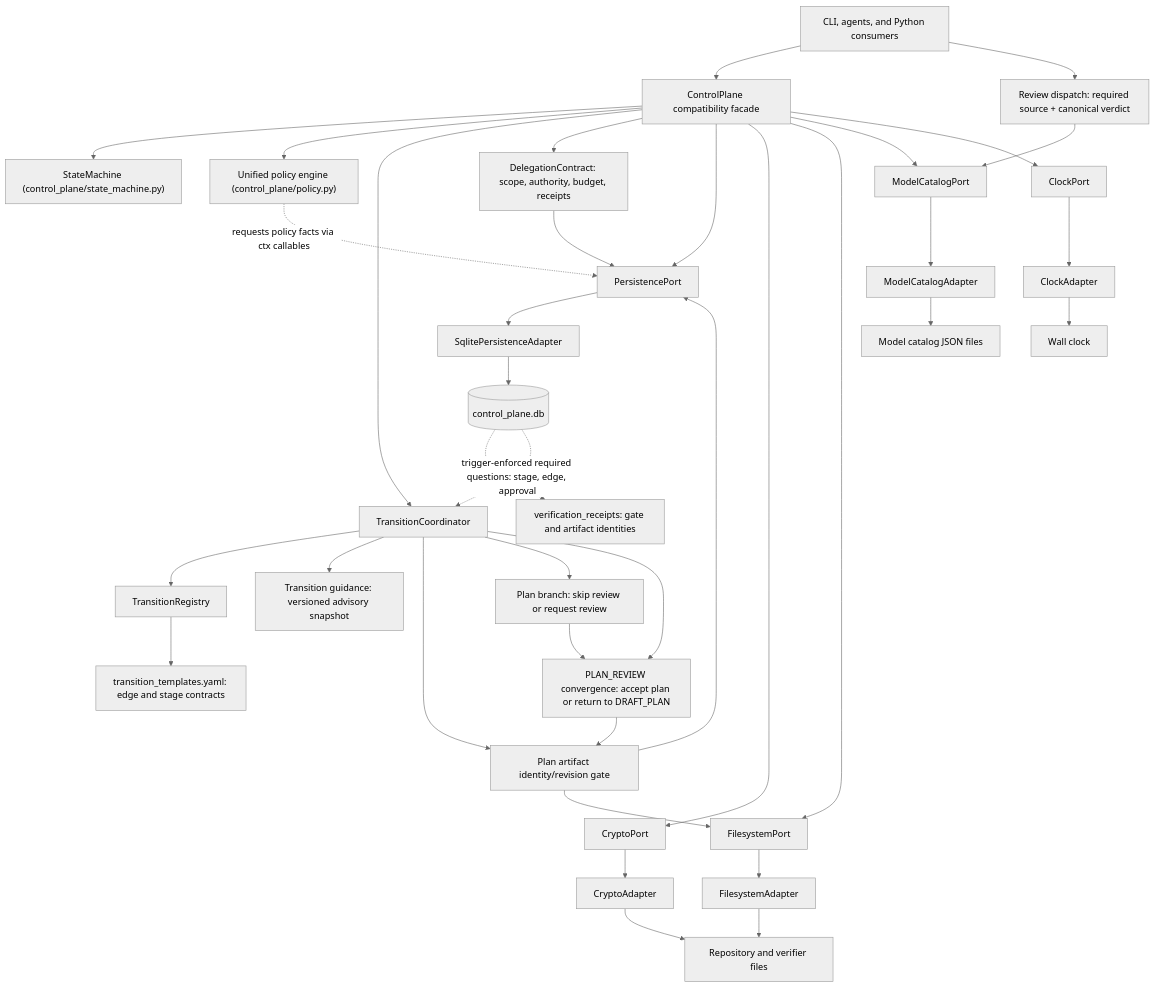
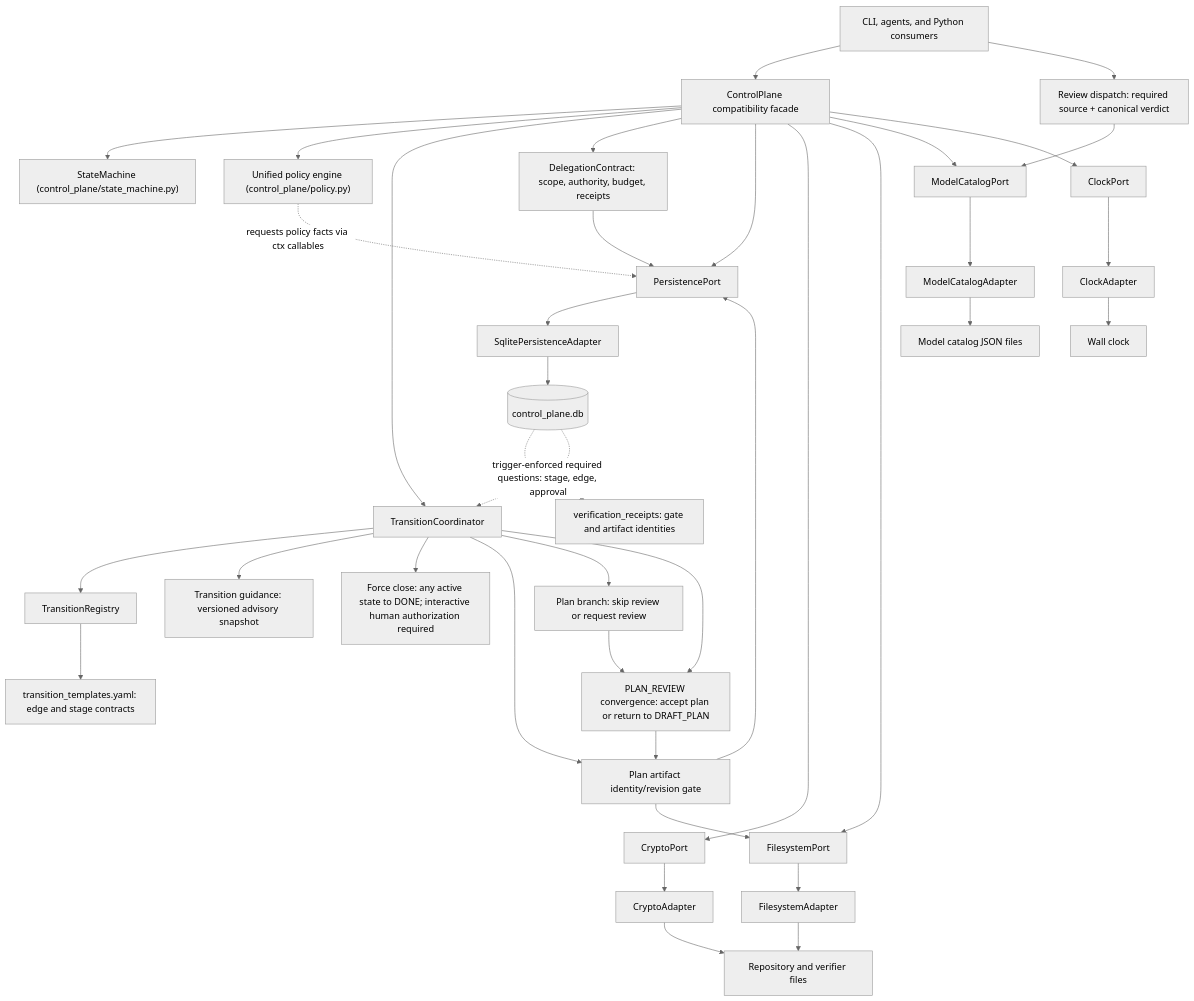
One commit to richfrem/agent-plugins-skills changed the diagram in docs/diagrams/control-plane-architecture.mermaid. Above: the diagram before and after it, drawn with Mermaid (neutral theme). The commit also changed 12 other files, not shown here.

First line of the commit message:
fix(control-plane): preserve retrospective completion and harden force close

```diff
--- a/docs/diagrams/control-plane-architecture.mermaid
+++ b/docs/diagrams/control-plane-architecture.mermaid
@@ -1,74 +1,76 @@
 flowchart TB
     Callers["CLI, agents, and Python consumers"]
     Facade["ControlPlane compatibility facade"]
     Coordinator["TransitionCoordinator"]
     Registry["TransitionRegistry"]
     Templates["transition_templates.yaml: edge and stage contracts"]
     Guidance["Transition guidance: versioned advisory snapshot"]
+    ForceClose["Force close: any active state to DONE; interactive human authorization required"]
     ArtifactGate["Plan artifact identity/revision gate"]
     Delegation["DelegationContract: scope, authority, budget, receipts"]
     ReviewDispatch["Review dispatch: required source + canonical verdict"]
     PlanBranch["Plan branch: skip review or request review"]
     PlanAcceptance["PLAN_REVIEW convergence: accept plan or return to DRAFT_PLAN"]
 
     State["StateMachine (control_plane/state_machine.py)"]
     Policy["Unified policy engine (control_plane/policy.py)"]
 
     PersistencePort["PersistencePort"]
     CryptoPort["CryptoPort"]
     FilesystemPort["FilesystemPort"]
     ModelPort["ModelCatalogPort"]
     ClockPort["ClockPort"]
 
     SQLiteAdapter["SqlitePersistenceAdapter"]
     CryptoAdapter["CryptoAdapter"]
     FilesystemAdapter["FilesystemAdapter"]
     ModelAdapter["ModelCatalogAdapter"]
     ClockAdapter["ClockAdapter"]
 
     DB[(control_plane.db)]
     Receipts["verification_receipts: gate and artifact identities"]
     RepoFiles["Repository and verifier files"]
     CatalogFiles["Model catalog JSON files"]
     Clock["Wall clock"]
 
     Callers --> Facade
 
     Facade --> State
     Facade --> Policy
     Facade --> Coordinator
     Coordinator --> Registry
     Coordinator --> Guidance
+    Coordinator --> ForceClose
     Coordinator --> ArtifactGate
     Coordinator --> PlanBranch
     Coordinator --> PlanAcceptance
     Facade --> Delegation
     Callers --> ReviewDispatch
     Facade --> PersistencePort
     Facade --> CryptoPort
     Facade --> FilesystemPort
     Facade --> ModelPort
     Facade --> ClockPort
 
     Policy -.->|"requests policy facts via ctx callables"| PersistencePort
     Registry --> Templates
 
     PersistencePort --> SQLiteAdapter
     CryptoPort --> CryptoAdapter
     FilesystemPort --> FilesystemAdapter
     ModelPort --> ModelAdapter
     ClockPort --> ClockAdapter
 
     SQLiteAdapter --> DB
     Delegation --> PersistencePort
     ReviewDispatch --> ModelPort
     PlanBranch --> PlanAcceptance
     PlanAcceptance --> ArtifactGate
     ArtifactGate --> FilesystemPort
     ArtifactGate --> PersistencePort
     DB -.-> Receipts
     DB -.->|"trigger-enforced required questions: stage, edge, approval"| Coordinator
     CryptoAdapter --> RepoFiles
     FilesystemAdapter --> RepoFiles
     ModelAdapter --> CatalogFiles
     ClockAdapter --> Clock
```
